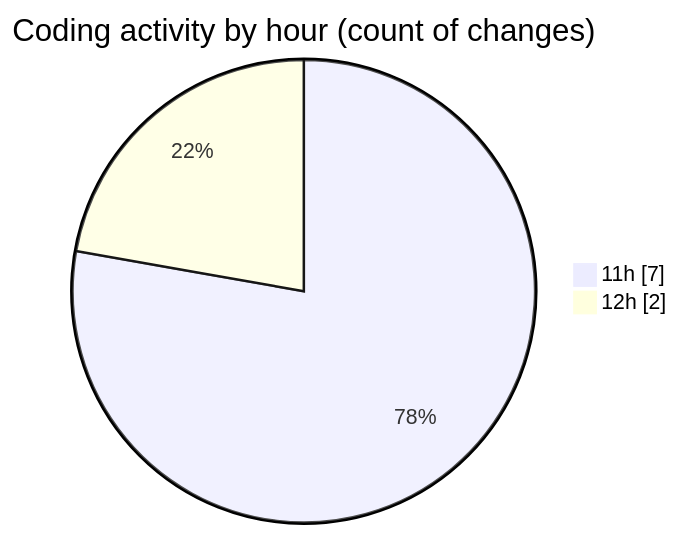
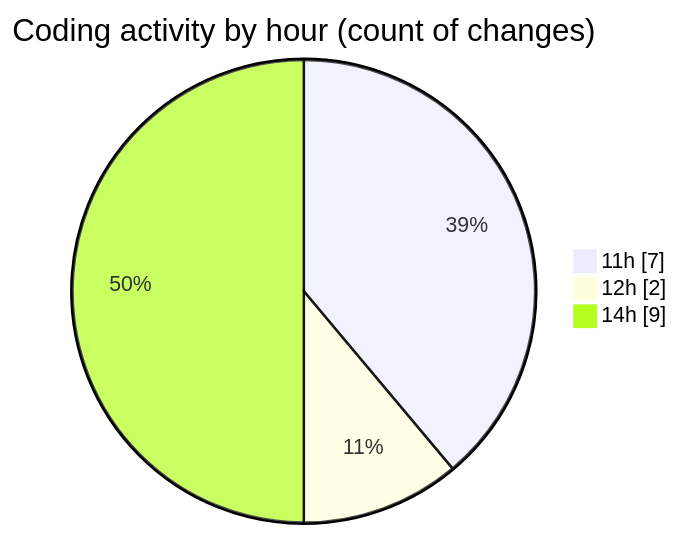
The second of 2 diagrams in 2025-09-26/untitled__workspace_/README.md (debugP/code-tracking), drawn with Mermaid before and after one commit. The commit also changed other lines of this file and 1 other file, not shown here.

````diff
--- a/2025-09-26/untitled__workspace_/README.md
+++ b/2025-09-26/untitled__workspace_/README.md
@@ -31,6 +34,7 @@
 ```mermaid
 pie showData
 title Coding activity by hour (count of changes)
 "11h" : 7
 "12h" : 2
+"14h" : 9
 ```
````
